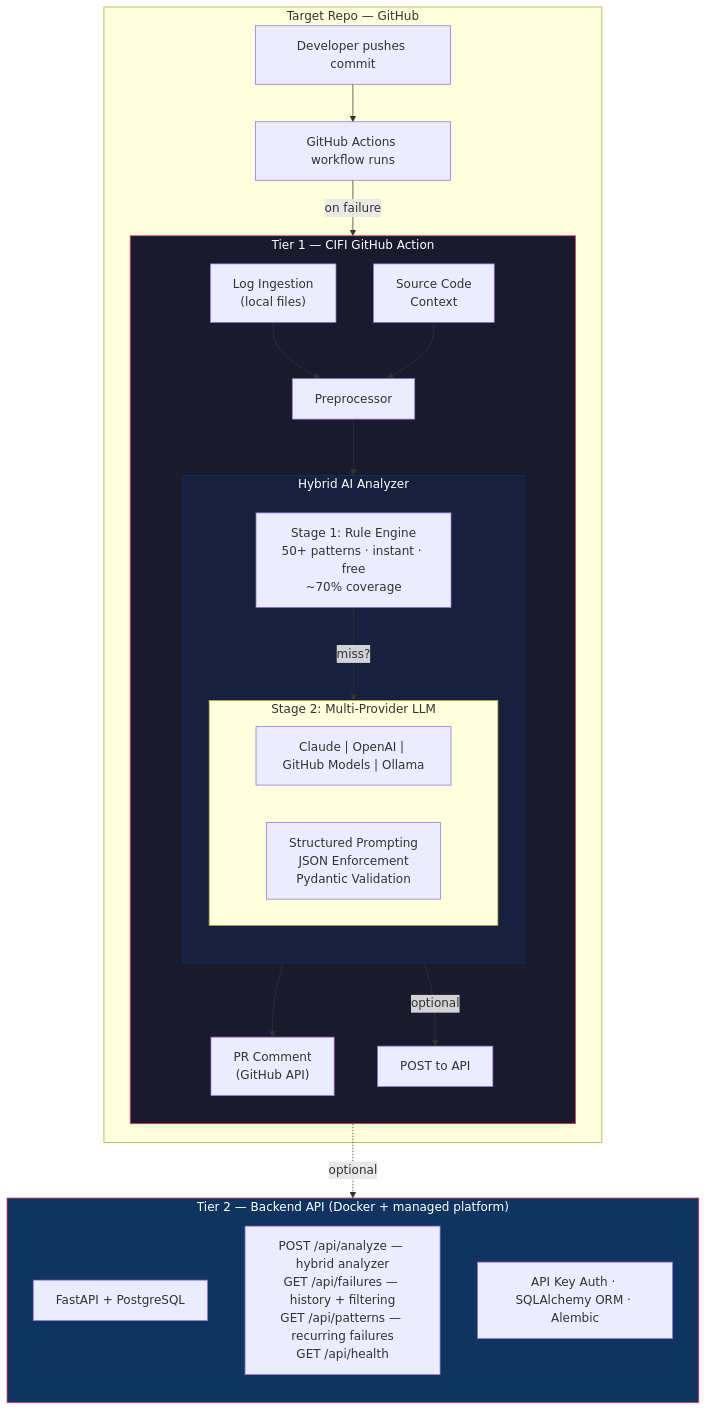
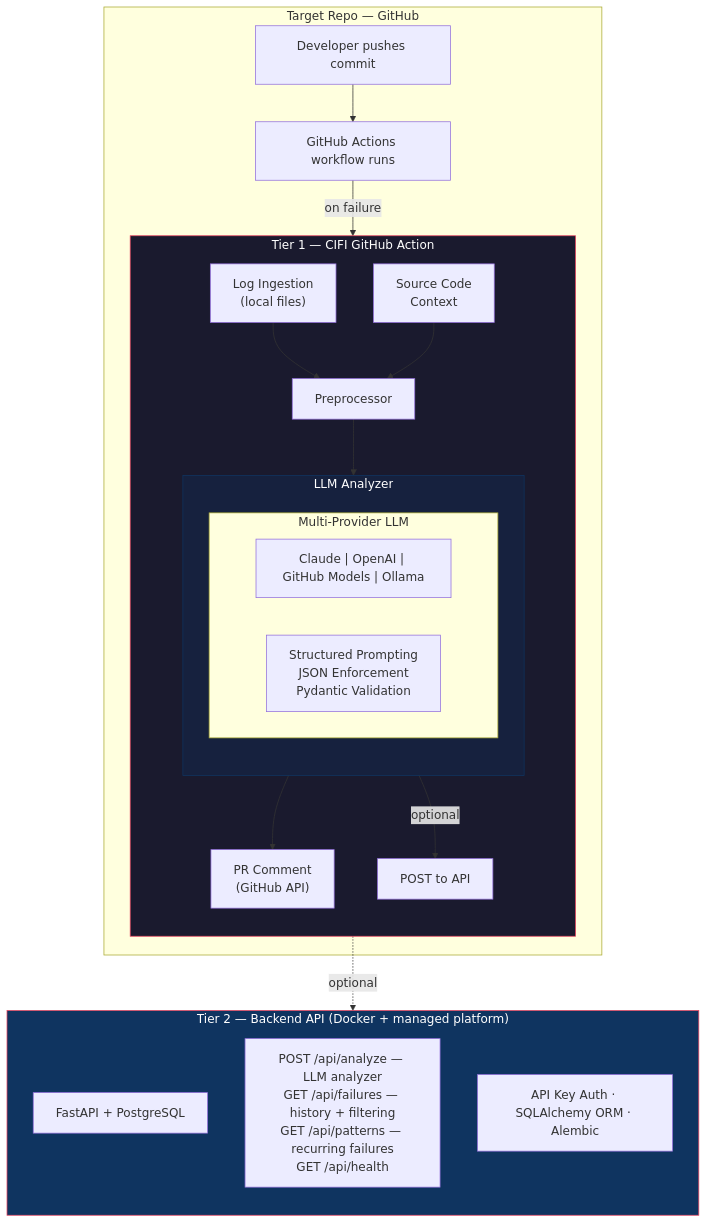
One commit to alihaidar2950/cifi changed the first of 5 diagrams in docs/HLD.md. Above: the diagram before and after it, drawn with Mermaid. The commit also changed other lines of this file and 18 other files, not shown here.

````diff
--- a/docs/HLD.md
+++ b/docs/HLD.md
@@ -16,41 +16,38 @@
 ```mermaid
 flowchart TB
     subgraph repo["Target Repo — GitHub"]
         push["Developer pushes commit"] --> ci["GitHub Actions workflow runs"]
         ci -->|on failure| action
 
         subgraph action["Tier 1 — CIFI GitHub Action"]
             direction TB
             ingest["Log Ingestion\n(local files)"] --> preprocess["Preprocessor"]
             source["Source Code\nContext"] --> preprocess
             preprocess --> analyzer
 
-            subgraph analyzer["Hybrid AI Analyzer"]
+            subgraph analyzer["LLM Analyzer"]
                 direction TB
-                rules["Stage 1: Rule Engine\n50+ patterns · instant · free\n~70% coverage"]
-                rules -->|miss?| llm_stage
-
-                subgraph llm_stage["Stage 2: Multi-Provider LLM"]
+                subgraph llm_stage["Multi-Provider LLM"]
                     providers["Claude | OpenAI | GitHub Models | Ollama"]
                     validation["Structured Prompting\nJSON Enforcement\nPydantic Validation"]
                 end
             end
 
             analyzer --> comment["PR Comment\n(GitHub API)"]
             analyzer -->|optional| api_post["POST to API"]
         end
     end
 
     api_post -.->|optional| tier2
 
     subgraph tier2["Tier 2 — Backend API (Docker + managed platform)"]
         direction TB
         fastapi["FastAPI + PostgreSQL"]
-        endpoints["POST /api/analyze — hybrid analyzer\nGET /api/failures — history + filtering\nGET /api/patterns — recurring failures\nGET /api/health"]
+        endpoints["POST /api/analyze — LLM analyzer\nGET /api/failures — history + filtering\nGET /api/patterns — recurring failures\nGET /api/health"]
         infra["API Key Auth · SQLAlchemy ORM · Alembic"]
     end
 
     style action fill:#1a1a2e,stroke:#e94560,color:#fff
     style analyzer fill:#16213e,stroke:#0f3460,color:#fff
     style tier2 fill:#0f3460,stroke:#e94560,color:#fff
 ```
````
